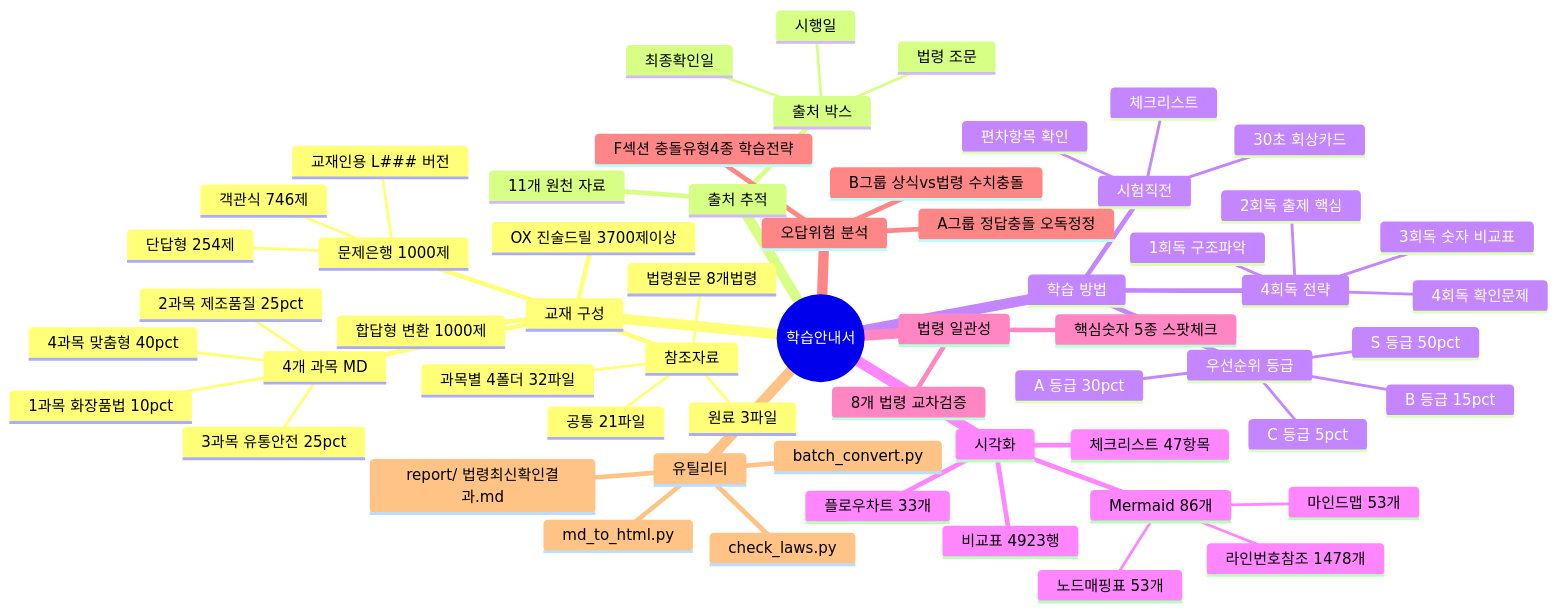
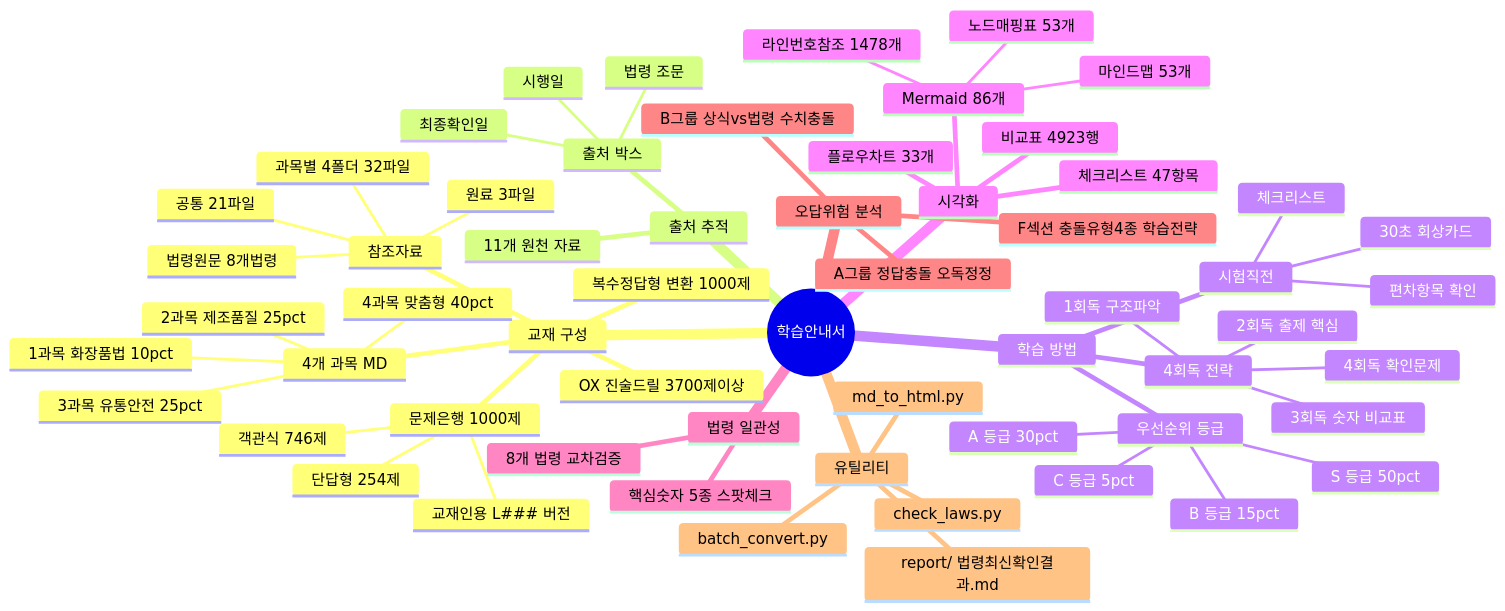
The diagram in content/학습안내서.md (skygoldlee-cyber/Personalized_Skincare), drawn with Mermaid before and after one commit. The commit also changed other lines of this file and 54 other files, not shown here.

First line of the commit message:
refactor: 용어 통일 — 합답형 → 복수정답형 전체 일괄 변경

````diff
--- a/content/학습안내서.md
+++ b/content/학습안내서.md
@@ -33,62 +33,62 @@
 ```mermaid
 mindmap
   root((학습안내서))
     교재 구성
       4개 과목 MD
         1과목 화장품법 10pct
         2과목 제조품질 25pct
         3과목 유통안전 25pct
         4과목 맞춤형 40pct
       문제은행 1000제
         객관식 746제
         단답형 254제
         교재인용 L### 버전
-      합답형 변환 1000제
+      복수정답형 변환 1000제
       OX 진술드릴 3700제이상
       참조자료
         과목별 4폴더 32파일
         공통 21파일
         원료 3파일
         법령원문 8개법령
     출처 추적
       출처 박스
         법령 조문
         시행일
         최종확인일
       11개 원천 자료
     학습 방법
       우선순위 등급
         S 등급 50pct
         A 등급 30pct
         B 등급 15pct
         C 등급 5pct
       4회독 전략
         1회독 구조파악
         2회독 출제 핵심
         3회독 숫자 비교표
         4회독 확인문제
       시험직전
         30초 회상카드
         체크리스트
         편차항목 확인
     시각화
       Mermaid 86개
         마인드맵 53개
         노드매핑표 53개
         라인번호참조 1478개
       플로우차트 33개
       비교표 4923행
       체크리스트 47항목
     법령 일관성
       8개 법령 교차검증
       핵심숫자 5종 스팟체크
     오답위험 분석
       A그룹 정답충돌 오독정정
       B그룹 상식vs법령 수치충돌
       F섹션 충돌유형4종 학습전략
     유틸리티
       md_to_html.py
       batch_convert.py
       check_laws.py
       report/ 법령최신확인결과.md
 ```
````
